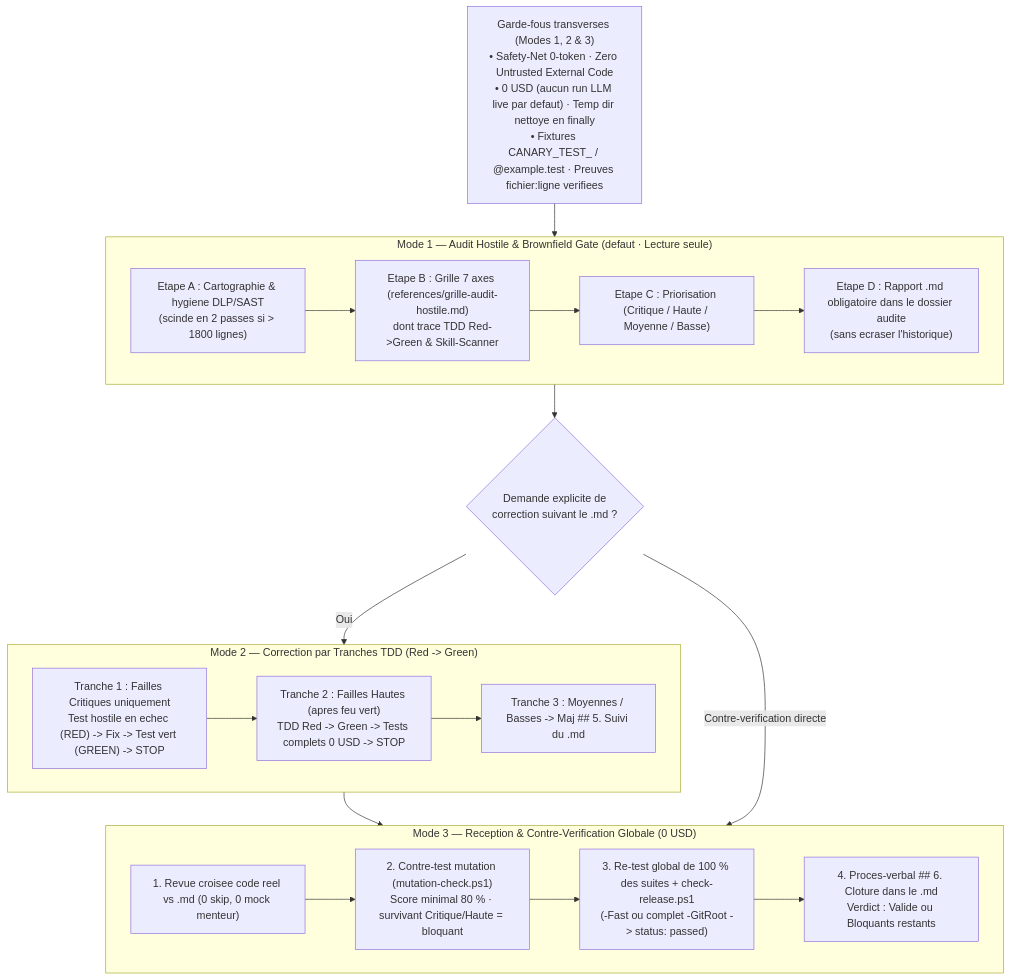
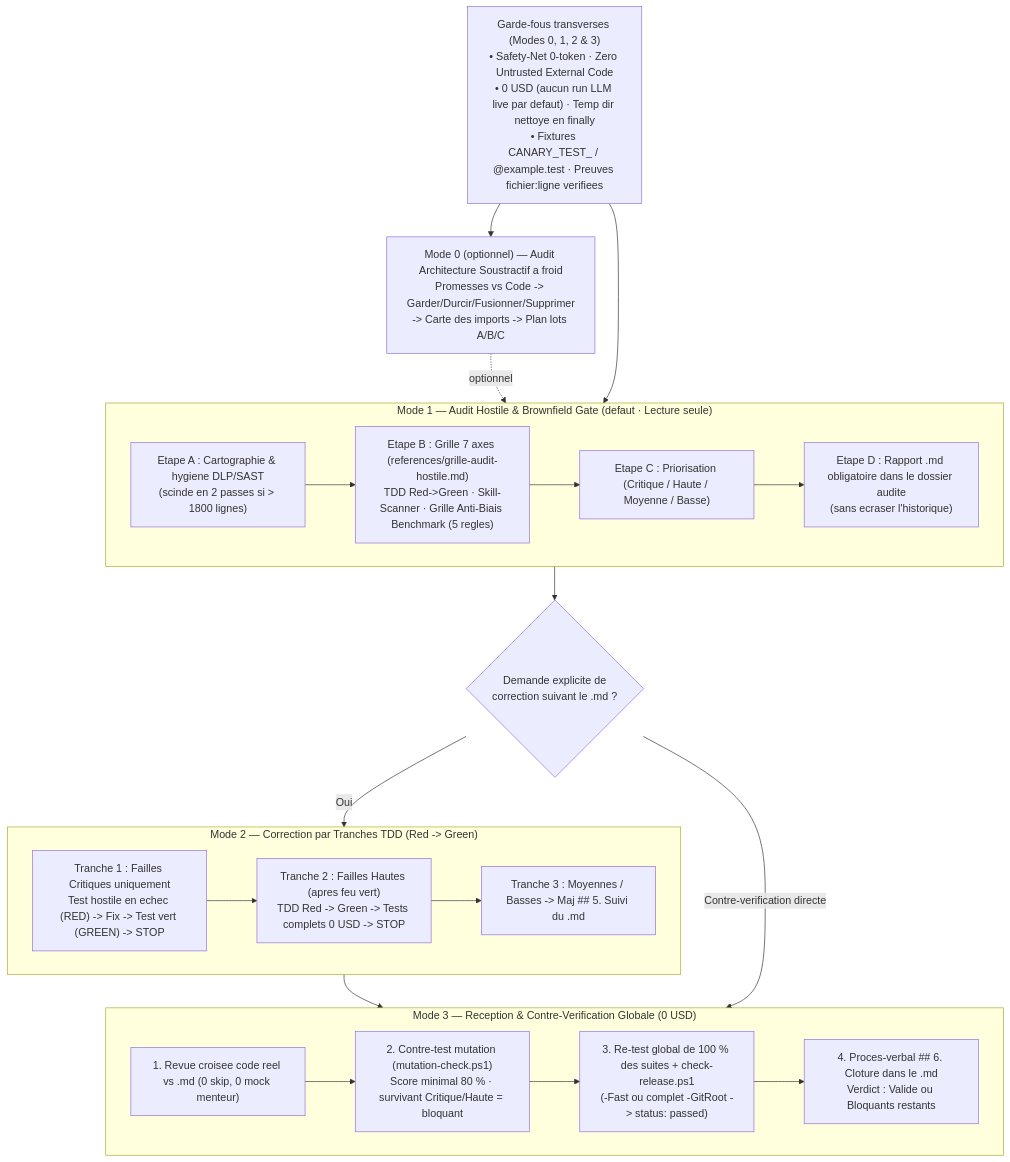
Before and after one commit to Melkyzedec/Toolbox: the diagram in skills/test-benchmark-audit/references/processus.md, drawn with Mermaid. The commit also changed 5 other files, not shown here.

Commit message:
docs(skills): Mode 0 architecture soustractive, grille anti-biais LLM 5 regles, SKIP OS et concurrence horodatee (#13)

````diff
--- a/skills/test-benchmark-audit/references/processus.md
+++ b/skills/test-benchmark-audit/references/processus.md
@@ -9,33 +9,37 @@
 ```mermaid
 flowchart TB
-    RULES["Garde-fous transverses (Modes 1, 2 & 3)\n• Safety-Net 0-token · Zero Untrusted External Code\n• 0 USD (aucun run LLM live par defaut) · Temp dir nettoye en finally\n• Fixtures CANARY_TEST_ / @example.test · Preuves fichier:ligne verifiees"]
+    RULES["Garde-fous transverses (Modes 0, 1, 2 & 3)\n• Safety-Net 0-token · Zero Untrusted External Code\n• 0 USD (aucun run LLM live par defaut) · Temp dir nettoye en finally\n• Fixtures CANARY_TEST_ / @example.test · Preuves fichier:ligne verifiees"]
+
+    M0["Mode 0 (optionnel) — Audit Architecture Soustractif a froid\nPromesses vs Code -> Garder/Durcir/Fusionner/Supprimer\n-> Carte des imports -> Plan lots A/B/C"]
 
     subgraph M1["Mode 1 — Audit Hostile & Brownfield Gate (defaut · Lecture seule)"]
         A1["Etape A : Cartographie & hygiene DLP/SAST\n(scinde en 2 passes si > 1800 lignes)"]
-        A2["Etape B : Grille 7 axes (references/grille-audit-hostile.md)\ndont trace TDD Red->Green & Skill-Scanner"]
+        A2["Etape B : Grille 7 axes (references/grille-audit-hostile.md)\nTDD Red->Green · Skill-Scanner · Grille Anti-Biais Benchmark (5 regles)"]
         A3["Etape C : Priorisation (Critique / Haute / Moyenne / Basse)"]
         A4["Etape D : Rapport .md obligatoire dans le dossier audite\n(sans ecraser l'historique)"]
         A1 --> A2 --> A3 --> A4
     end
 
     STOP1{"Demande explicite de\ncorrection suivant le .md ?"}
 
     subgraph M2["Mode 2 — Correction par Tranches TDD (Red -> Green)"]
         T1["Tranche 1 : Failles Critiques uniquement\nTest hostile en echec (RED) -> Fix -> Test vert (GREEN) -> STOP"]
         T2["Tranche 2 : Failles Hautes (apres feu vert)\nTDD Red -> Green -> Tests complets 0 USD -> STOP"]
         T3["Tranche 3 : Moyennes / Basses -> Maj ## 5. Suivi du .md"]
         T1 --> T2 --> T3
     end
 
     subgraph M3["Mode 3 — Reception & Contre-Verification Globale (0 USD)"]
         V1["1. Revue croisee code reel vs .md (0 skip, 0 mock menteur)"]
         V2["2. Contre-test mutation (mutation-check.ps1)\nScore minimal 80 % · survivant Critique/Haute = bloquant"]
         V3["3. Re-test global de 100 % des suites + check-release.ps1\n(-Fast ou complet -GitRoot -> status: passed)"]
         V4["4. Proces-verbal ## 6. Cloture dans le .md\nVerdict : Valide ou Bloquants restants"]
         V1 --> V2 --> V3 --> V4
     end
 
+    RULES --> M0
+    M0 -.->|"optionnel"| M1
     RULES --> M1 --> STOP1
     STOP1 -->|"Oui"| M2 --> M3
     STOP1 -->|"Contre-verification directe"| M3
 ```
````
